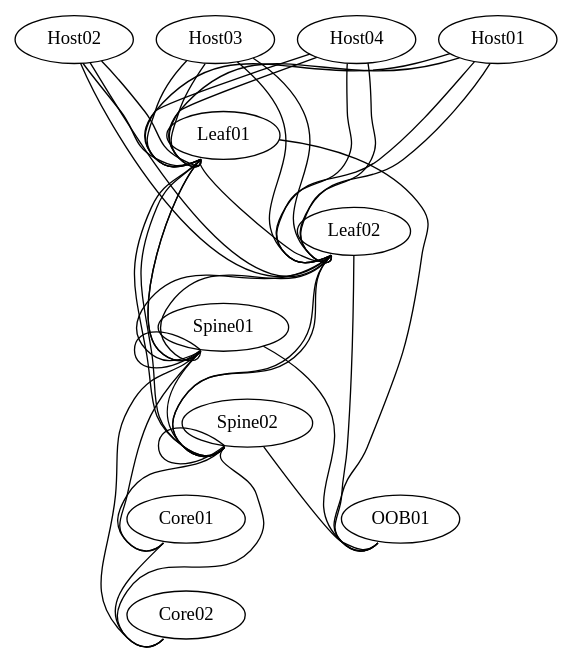
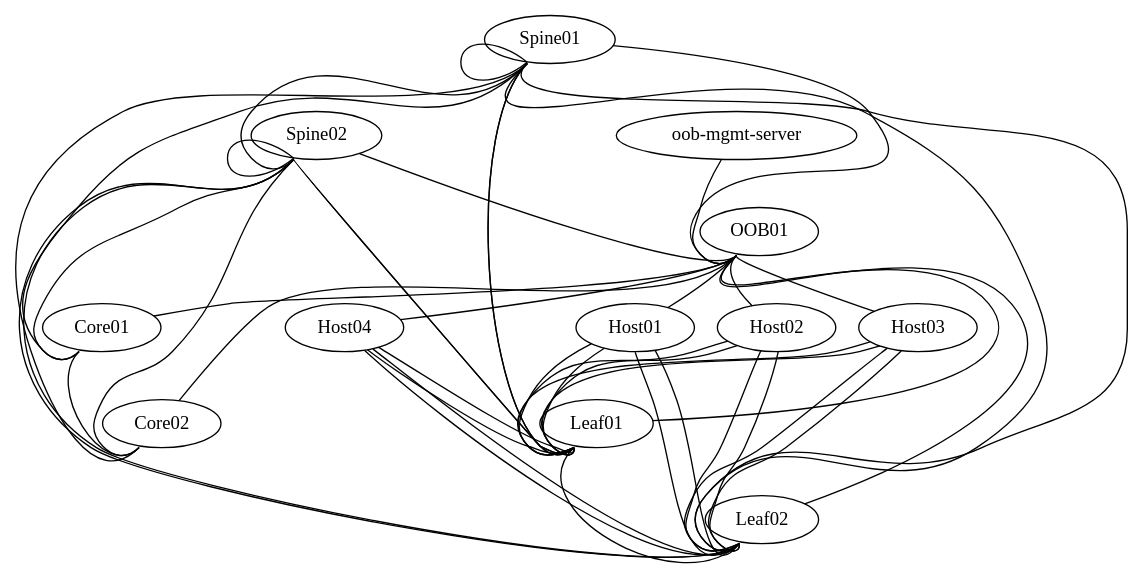
One commit to jhaydel/051616PoC changed the diagram in DOT_Files/2Leaf_LAG.dot. Above: the diagram before and after it, drawn with Graphviz. The commit also changed 10 other files, not shown here.

```diff
--- a/DOT_Files/2Leaf_LAG.dot
+++ b/DOT_Files/2Leaf_LAG.dot
@@ -1,68 +1,79 @@
 graph dc1 {
 
  "Core01" [function="core" os="CumulusCommunity/cumulus-vx" memory="300" config="./helper_scripts/extra_switch_config.sh"]
  "Core02" [function="core" os="CumulusCommunity/cumulus-vx" memory="300" config="./helper_scripts/extra_switch_config.sh"]
 
  "Spine01" [function="spine" os="CumulusCommunity/cumulus-vx" memory="300" config="./helper_scripts/extra_switch_config.sh"]
  "Spine02" [function="spine" os="CumulusCommunity/cumulus-vx" memory="300" config="./helper_scripts/extra_switch_config.sh"]
 
  "Leaf01" [function="leaf" os="CumulusCommunity/cumulus-vx" memory="300" config="./helper_scripts/extra_switch_config.sh"]
  "Leaf02" [function="leaf" os="CumulusCommunity/cumulus-vx" memory="300" config="./helper_scripts/extra_switch_config.sh"]
 
 
  "Host01" [function="host" os="CumulusCommunity/cumulus-vx" memory="300" config="./helper_scripts/extra_switch_config.sh"]
  "Host02" [function="host" os="CumulusCommunity/cumulus-vx" memory="300" config="./helper_scripts/extra_switch_config.sh"]
  "Host03" [function="host" os="CumulusCommunity/cumulus-vx" memory="300" config="./helper_scripts/extra_switch_config.sh"]
  "Host04" [function="host" os="CumulusCommunity/cumulus-vx" memory="300" config="./helper_scripts/extra_switch_config.sh"]
 
  "OOB01" [function="oob" os="CumulusCommunity/cumulus-vx" memory="300" config="./helper_scripts/extra_switch_config.sh"]
+ "oob-mgmt-server" [function="oob-server" os="boxcutter/ubuntu1404" memory="400" ubuntu=True config="./helper_scripts/OOB_Mgmt_Config.sh"]
 
    "Core01":"swp48" -- "Core02":"swp48"
 
    "Spine01":"swp20" -- "Core01":"swp01"
    "Spine01":"swp21" -- "Core02":"swp01"
    "Spine02":"swp20" -- "Core01":"swp02"
    "Spine02":"swp21" -- "Core02":"swp02"
 
    "Spine01":"swp1" -- "Spine02":"swp1"
    "Spine01":"swp2" -- "Spine01":"swp3"
    "Spine02":"swp2" -- "Spine02":"swp3"
 
    "Spine01":"eth0" -- "OOB01":"swp1"
    "Spine02":"eth0" -- "OOB01":"swp2"
 
    "Leaf01":"swp43" -- "Spine01":"swp32s0"
    "Leaf01":"swp44" -- "Spine01":"swp32s1"
    "Leaf01":"swp45" -- "Spine02":"swp32s0"
    "Leaf01":"swp46" -- "Spine02":"swp32s1"
 
    "Leaf02":"swp43" -- "Spine01":"swp32s2"
    "Leaf02":"swp44" -- "Spine01":"swp32s3"
    "Leaf02":"swp45" -- "Spine02":"swp32s2"
    "Leaf02":"swp46" -- "Spine02":"swp32s3"
 
    "Leaf01":"swp48" -- "Leaf02":"swp48"
 
    "Leaf01":"eth0" -- "OOB01":"swp3"
    "Leaf02":"eth0" -- "OOB01":"swp4"
 
    "Host01":"eth0" -- "Leaf01":"swp1"
    "Host01":"eth1" -- "Leaf01":"swp2"
    "Host01":"eth2" -- "Leaf02":"swp1"
    "Host01":"eth3" -- "Leaf02":"swp2"
 
    "Host02":"eth0" -- "Leaf01":"swp5"
    "Host02":"eth1" -- "Leaf01":"swp6"
    "Host02":"eth2" -- "Leaf02":"swp5"
    "Host02":"eth3" -- "Leaf02":"swp6"
 
    "Host03":"eth0" -- "Leaf01":"swp9"
    "Host03":"eth1" -- "Leaf01":"swp10"
    "Host03":"eth2" -- "Leaf02":"swp9"
    "Host03":"eth3" -- "Leaf02":"swp10"
 
    "Host04":"eth0" -- "Leaf01":"swp13"
    "Host04":"eth1" -- "Leaf01":"swp14"
    "Host04":"eth2" -- "Leaf02":"swp13"
    "Host04":"eth3" -- "Leaf02":"swp14"
+   
+   "oob-mgmt-server":"eth1" -- "OOB01":"swp5"
+   "OOB01":"swp6" -- "Core01":"eth0"
+   "OOB01":"swp7" -- "Core02":"eth0"
+   "OOB01":"swp8" -- "Host01":"eth4"
+   "OOB01":"swp9" -- "Host02":"eth4"
+   "OOB01":"swp10" -- "Host03":"eth4"
+   "OOB01":"swp11" -- "Host04":"eth4"
+  
+   
 }
```
